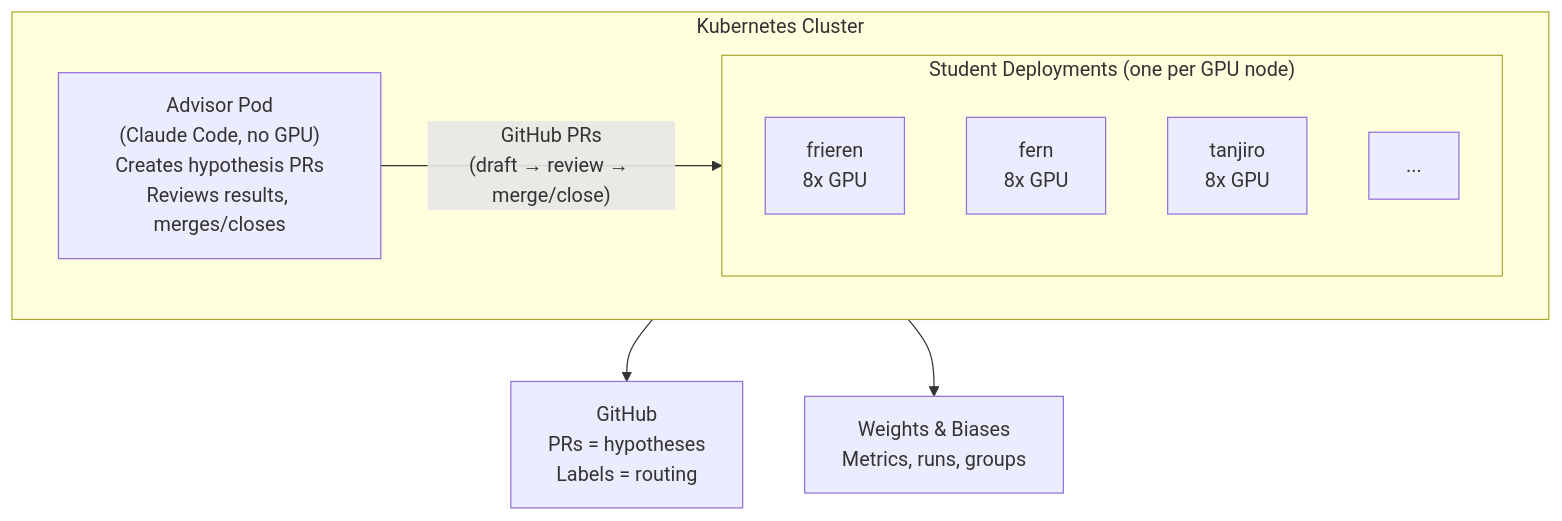
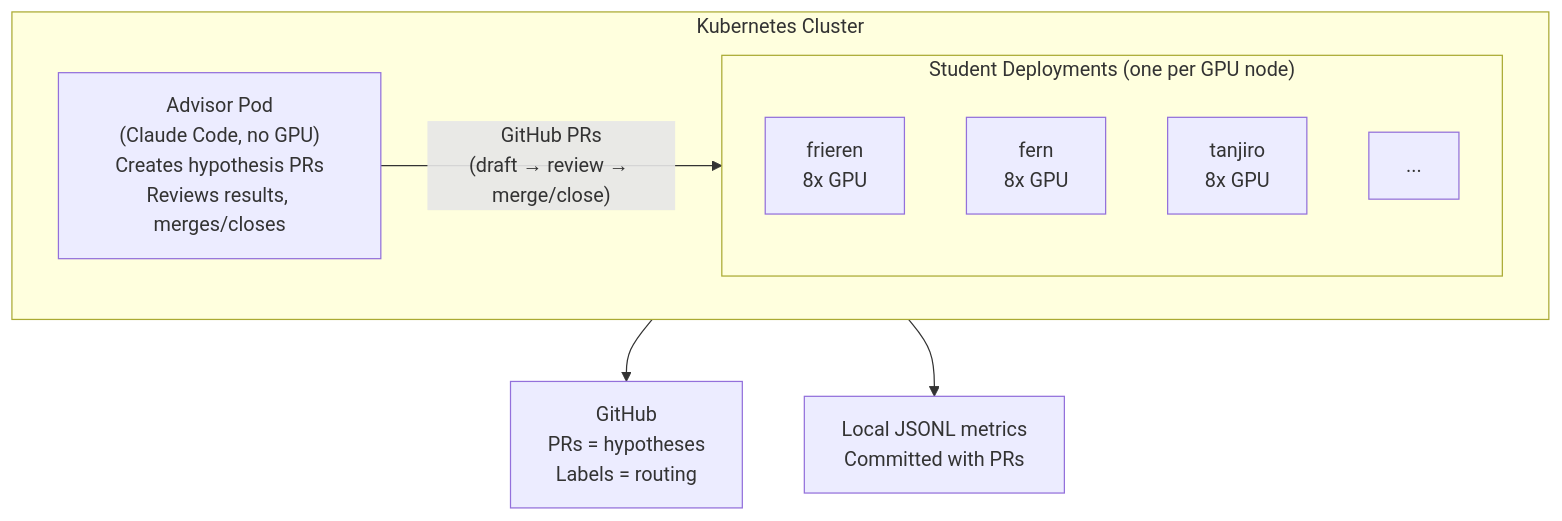
One commit to wandb/senpai changed the first of 2 diagrams in README.md. Above: the diagram before and after it, drawn with Mermaid. The commit also changed other lines of this file and 35 other files, not shown here.

````diff
--- a/README.md
+++ b/README.md
@@ -31,15 +29,15 @@
 ```mermaid
 graph TD
     subgraph K8s["Kubernetes Cluster"]
         A["Advisor Pod<br/>(Claude Code, no GPU)<br/>Creates hypothesis PRs<br/>Reviews results, merges/closes"]
         subgraph Students["Student Deployments (one per GPU node)"]
             S1["frieren<br/>8x GPU"]
             S2["fern<br/>8x GPU"]
             S3["tanjiro<br/>8x GPU"]
             S4["..."]
         end
         A -->|"GitHub PRs<br/>(draft → review → merge/close)"| Students
     end
     K8s --> GH["GitHub<br/>PRs = hypotheses<br/>Labels = routing"]
-    K8s --> WB["Weights & Biases<br/>Metrics, runs, groups"]
+    K8s --> LM["Local JSONL metrics<br/>Committed with PRs"]
 ```
````
